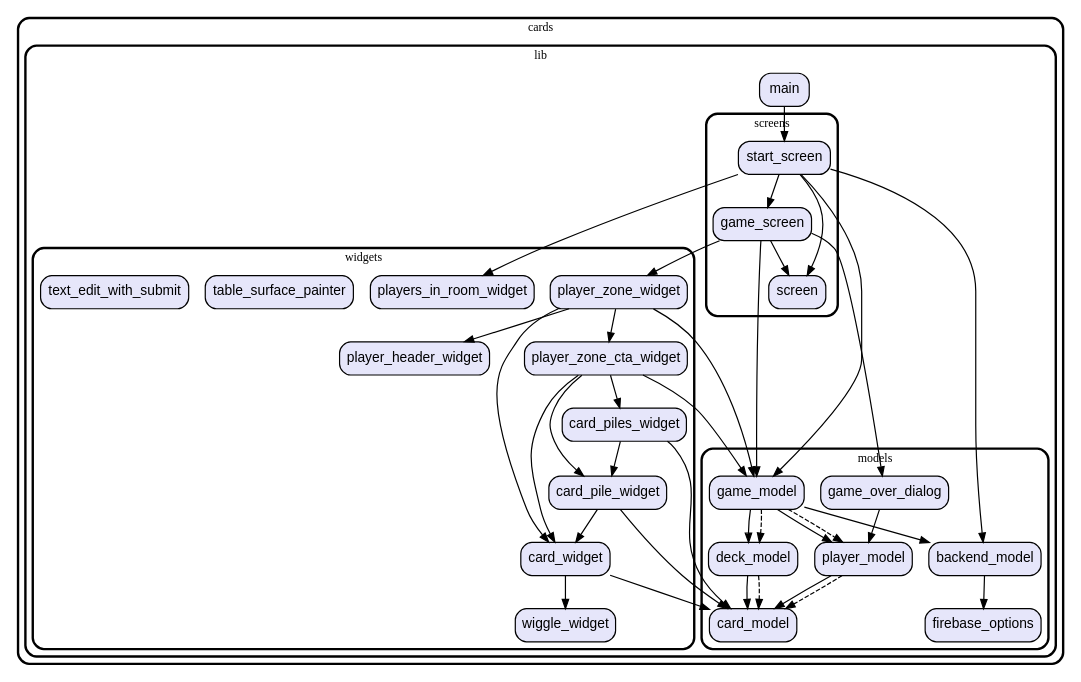
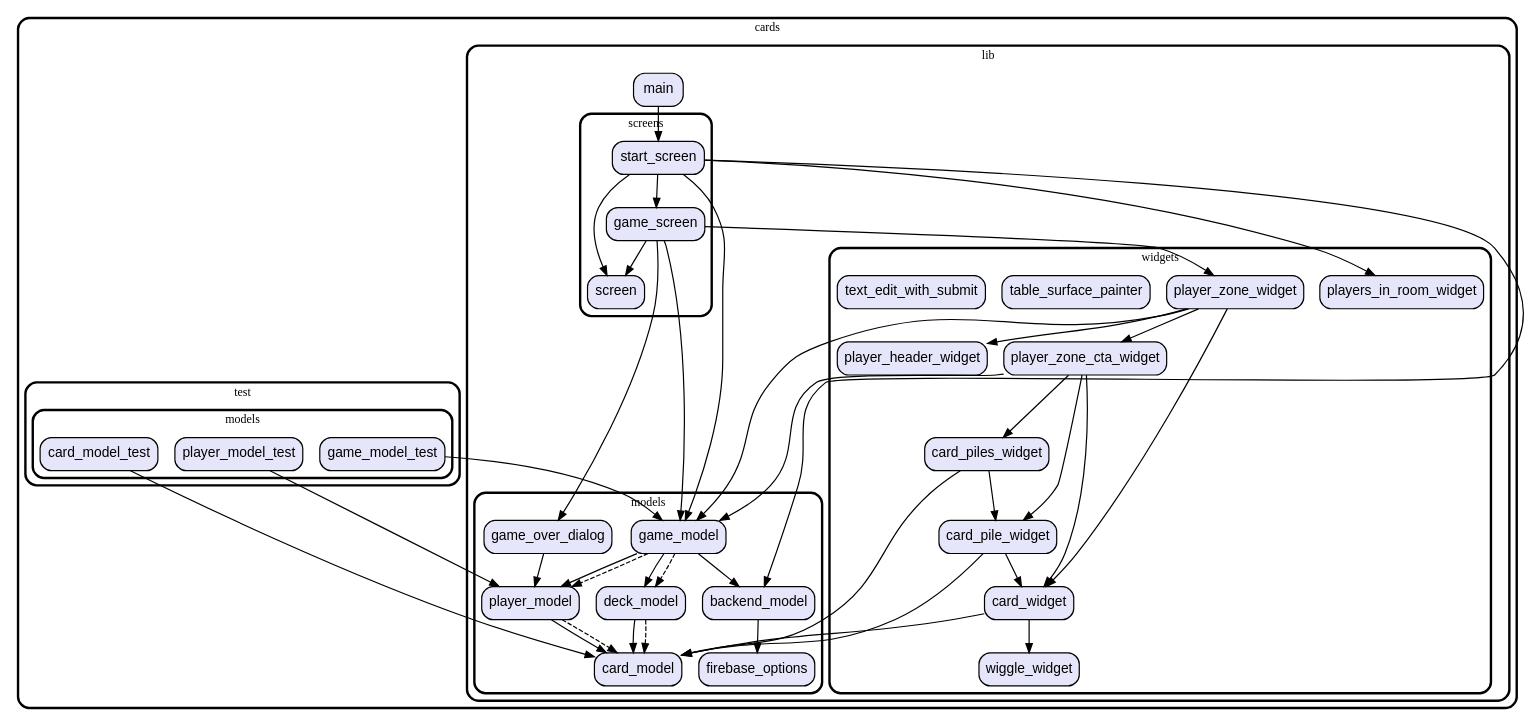
One commit to vteam-com/Cards changed the diagram in graph.dot. Above: the diagram before and after it, drawn with Graphviz. The commit also changed 3 other files, not shown here.

Commit message:
include Tests in the graph

```diff
--- a/graph.dot
+++ b/graph.dot
@@ -1,97 +1,112 @@
 digraph "" {
   graph [style=rounded fontname="Arial Black" fontsize=13 penwidth=2.6];
   node [shape=rect style="filled,rounded" fontname=Arial fontsize=15 fillcolor=Lavender penwidth=1.3];
   edge [penwidth=1.3];
   "/lib/main.dart" [label="main"];
   "/lib/models/backend_model.dart" [label="backend_model"];
   "/lib/models/card_model.dart" [label="card_model"];
   "/lib/models/deck_model.dart" [label="deck_model"];
   "/lib/models/firebase_options.dart" [label="firebase_options"];
   "/lib/models/game_model.dart" [label="game_model"];
   "/lib/models/game_over_dialog.dart" [label="game_over_dialog"];
   "/lib/models/player_model.dart" [label="player_model"];
   "/lib/screens/game_screen.dart" [label="game_screen"];
   "/lib/screens/screen.dart" [label="screen"];
   "/lib/screens/start_screen.dart" [label="start_screen"];
   "/lib/widgets/card_piles_widget.dart" [label="card_piles_widget"];
   "/lib/widgets/card_pile_widget.dart" [label="card_pile_widget"];
   "/lib/widgets/card_widget.dart" [label="card_widget"];
   "/lib/widgets/players_in_room_widget.dart" [label="players_in_room_widget"];
   "/lib/widgets/player_header_widget.dart" [label="player_header_widget"];
   "/lib/widgets/player_zone_cta_widget.dart" [label="player_zone_cta_widget"];
   "/lib/widgets/player_zone_widget.dart" [label="player_zone_widget"];
   "/lib/widgets/table_surface_painter.dart" [label="table_surface_painter"];
   "/lib/widgets/text_edit_with_submit.dart" [label="text_edit_with_submit"];
   "/lib/widgets/wiggle_widget.dart" [label="wiggle_widget"];
+  "/test/models/card_model_test.dart" [label="card_model_test"];
+  "/test/models/game_model_test.dart" [label="game_model_test"];
+  "/test/models/player_model_test.dart" [label="player_model_test"];
   subgraph "cluster~" {
     label="cards";
     subgraph "cluster~/lib" {
       label="lib";
       "/lib/main.dart";
       subgraph "cluster~/lib/models" {
         label="models";
         "/lib/models/backend_model.dart";
         "/lib/models/card_model.dart";
         "/lib/models/deck_model.dart";
         "/lib/models/firebase_options.dart";
         "/lib/models/game_model.dart";
         "/lib/models/game_over_dialog.dart";
         "/lib/models/player_model.dart";
       }
       subgraph "cluster~/lib/screens" {
         label="screens";
         "/lib/screens/game_screen.dart";
         "/lib/screens/screen.dart";
         "/lib/screens/start_screen.dart";
       }
       subgraph "cluster~/lib/widgets" {
         label="widgets";
         "/lib/widgets/card_piles_widget.dart";
         "/lib/widgets/card_pile_widget.dart";
         "/lib/widgets/card_widget.dart";
         "/lib/widgets/players_in_room_widget.dart";
         "/lib/widgets/player_header_widget.dart";
         "/lib/widgets/player_zone_cta_widget.dart";
         "/lib/widgets/player_zone_widget.dart";
         "/lib/widgets/table_surface_painter.dart";
         "/lib/widgets/text_edit_with_submit.dart";
         "/lib/widgets/wiggle_widget.dart";
+      }
+    }
+    subgraph "cluster~/test" {
+      label="test";
+      subgraph "cluster~/test/models" {
+        label="models";
+        "/test/models/card_model_test.dart";
+        "/test/models/game_model_test.dart";
+        "/test/models/player_model_test.dart";
       }
     }
   }
   "/lib/main.dart" -> "/lib/screens/start_screen.dart";
   "/lib/models/backend_model.dart" -> "/lib/models/firebase_options.dart";
   "/lib/models/deck_model.dart" -> "/lib/models/card_model.dart";
   "/lib/models/deck_model.dart" -> "/lib/models/card_model.dart" [style=dashed];
   "/lib/models/game_model.dart" -> "/lib/models/backend_model.dart";
   "/lib/models/game_model.dart" -> "/lib/models/deck_model.dart";
   "/lib/models/game_model.dart" -> "/lib/models/player_model.dart";
   "/lib/models/game_model.dart" -> "/lib/models/deck_model.dart" [style=dashed];
   "/lib/models/game_model.dart" -> "/lib/models/player_model.dart" [style=dashed];
   "/lib/models/game_over_dialog.dart" -> "/lib/models/player_model.dart";
   "/lib/models/player_model.dart" -> "/lib/models/card_model.dart";
   "/lib/models/player_model.dart" -> "/lib/models/card_model.dart" [style=dashed];
   "/lib/screens/game_screen.dart" -> "/lib/models/game_model.dart";
   "/lib/screens/game_screen.dart" -> "/lib/models/game_over_dialog.dart";
   "/lib/screens/game_screen.dart" -> "/lib/screens/screen.dart";
   "/lib/screens/game_screen.dart" -> "/lib/widgets/player_zone_widget.dart";
   "/lib/screens/start_screen.dart" -> "/lib/models/backend_model.dart";
   "/lib/screens/start_screen.dart" -> "/lib/models/game_model.dart";
   "/lib/screens/start_screen.dart" -> "/lib/screens/game_screen.dart";
   "/lib/screens/start_screen.dart" -> "/lib/screens/screen.dart";
   "/lib/screens/start_screen.dart" -> "/lib/widgets/players_in_room_widget.dart";
   "/lib/widgets/card_piles_widget.dart" -> "/lib/models/card_model.dart";
   "/lib/widgets/card_piles_widget.dart" -> "/lib/widgets/card_pile_widget.dart";
   "/lib/widgets/card_pile_widget.dart" -> "/lib/models/card_model.dart";
   "/lib/widgets/card_pile_widget.dart" -> "/lib/widgets/card_widget.dart";
   "/lib/widgets/card_widget.dart" -> "/lib/models/card_model.dart";
   "/lib/widgets/card_widget.dart" -> "/lib/widgets/wiggle_widget.dart";
   "/lib/widgets/player_zone_cta_widget.dart" -> "/lib/models/game_model.dart";
   "/lib/widgets/player_zone_cta_widget.dart" -> "/lib/widgets/card_pile_widget.dart";
   "/lib/widgets/player_zone_cta_widget.dart" -> "/lib/widgets/card_piles_widget.dart";
   "/lib/widgets/player_zone_cta_widget.dart" -> "/lib/widgets/card_widget.dart";
   "/lib/widgets/player_zone_widget.dart" -> "/lib/models/game_model.dart";
   "/lib/widgets/player_zone_widget.dart" -> "/lib/widgets/card_widget.dart";
   "/lib/widgets/player_zone_widget.dart" -> "/lib/widgets/player_header_widget.dart";
   "/lib/widgets/player_zone_widget.dart" -> "/lib/widgets/player_zone_cta_widget.dart";
+  "/test/models/card_model_test.dart" -> "/lib/models/card_model.dart";
+  "/test/models/game_model_test.dart" -> "/lib/models/game_model.dart";
+  "/test/models/player_model_test.dart" -> "/lib/models/player_model.dart";
 }
```
